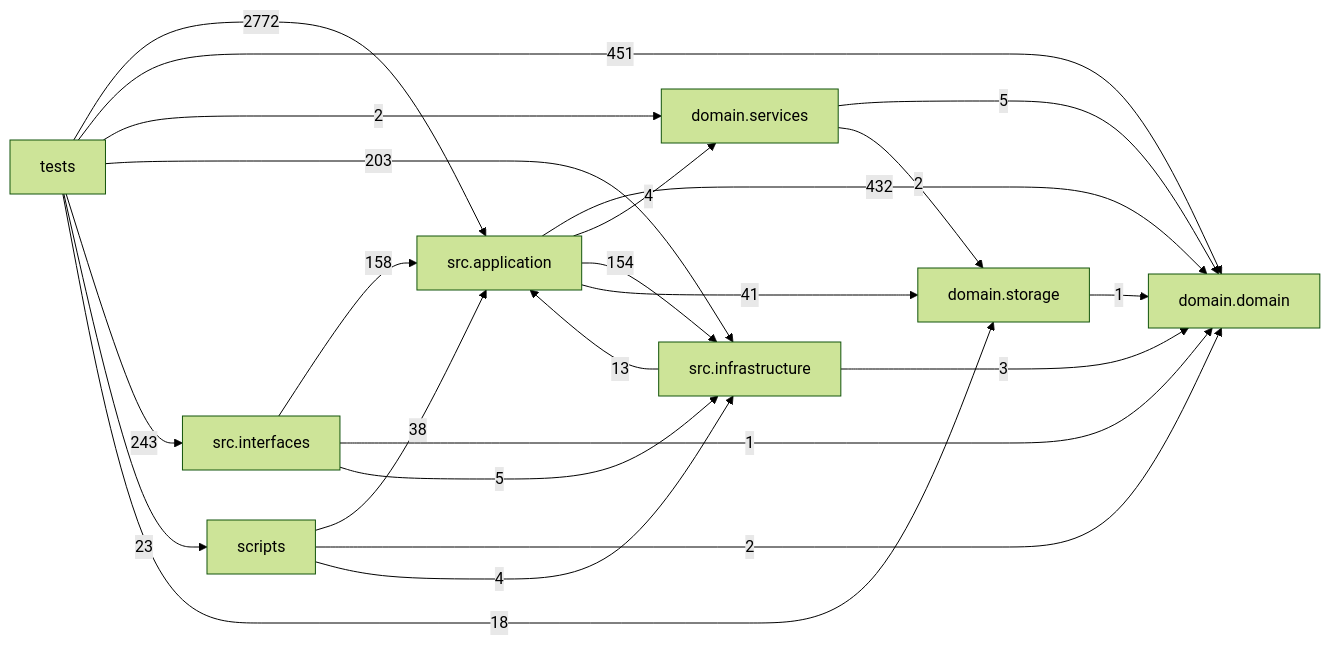
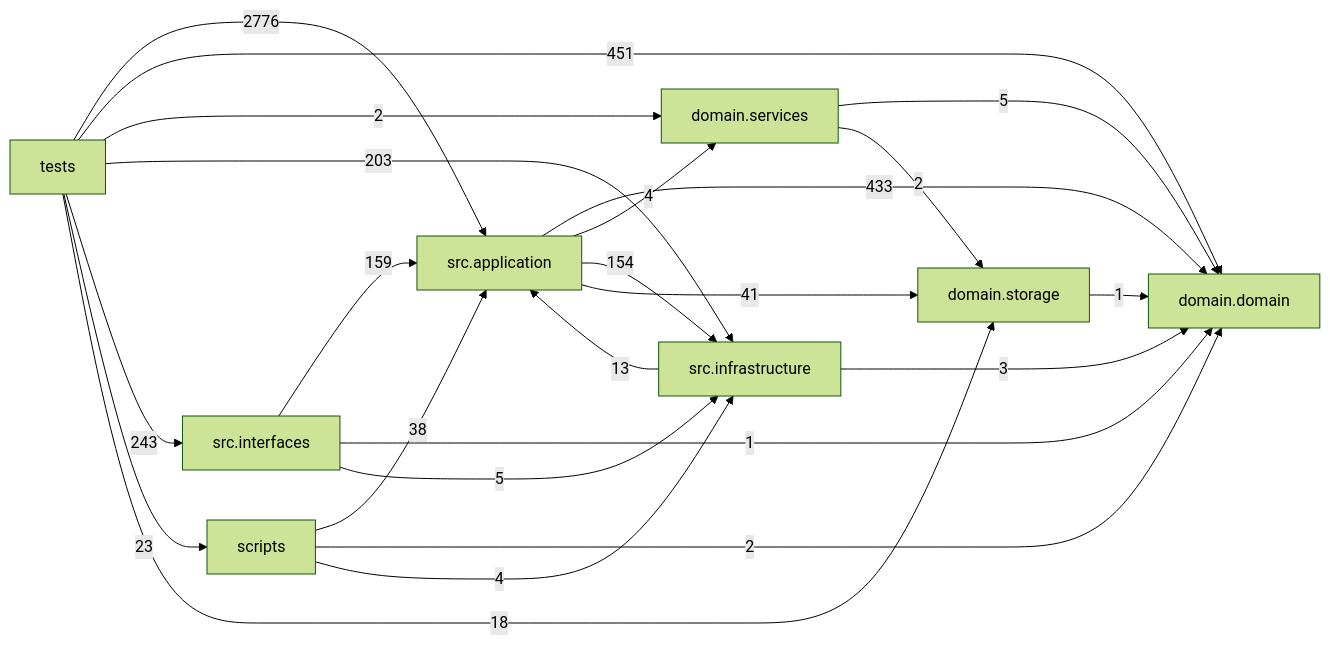
Before and after one commit to liuxie066/options-monitor: the diagram in docs/DEPENDENCY_GRAPH.md, drawn with Mermaid (forest theme). The commit also changed other lines of this file and 27 other files, not shown here.

````diff
--- a/docs/DEPENDENCY_GRAPH.md
+++ b/docs/DEPENDENCY_GRAPH.md
@@ -24,33 +24,33 @@
 ```mermaid
 flowchart LR
   tests["tests"]
   scripts["scripts"]
   interfaces["src.interfaces"]
   application["src.application"]
   infrastructure["src.infrastructure"]
   domain_services["domain.services"]
   domain["domain.domain"]
   storage["domain.storage"]
-  application -->|432| domain
+  application -->|433| domain
   application -->|4| domain_services
   application -->|154| infrastructure
   application -->|41| storage
   domain_services -->|5| domain
   domain_services -->|2| storage
   infrastructure -->|13| application
   infrastructure -->|3| domain
-  interfaces -->|158| application
+  interfaces -->|159| application
   interfaces -->|1| domain
   interfaces -->|5| infrastructure
   scripts -->|38| application
   scripts -->|2| domain
   scripts -->|4| infrastructure
   storage -->|1| domain
-  tests -->|2772| application
+  tests -->|2776| application
   tests -->|451| domain
   tests -->|2| domain_services
   tests -->|203| infrastructure
   tests -->|243| interfaces
   tests -->|23| scripts
   tests -->|18| storage
 ```
````
